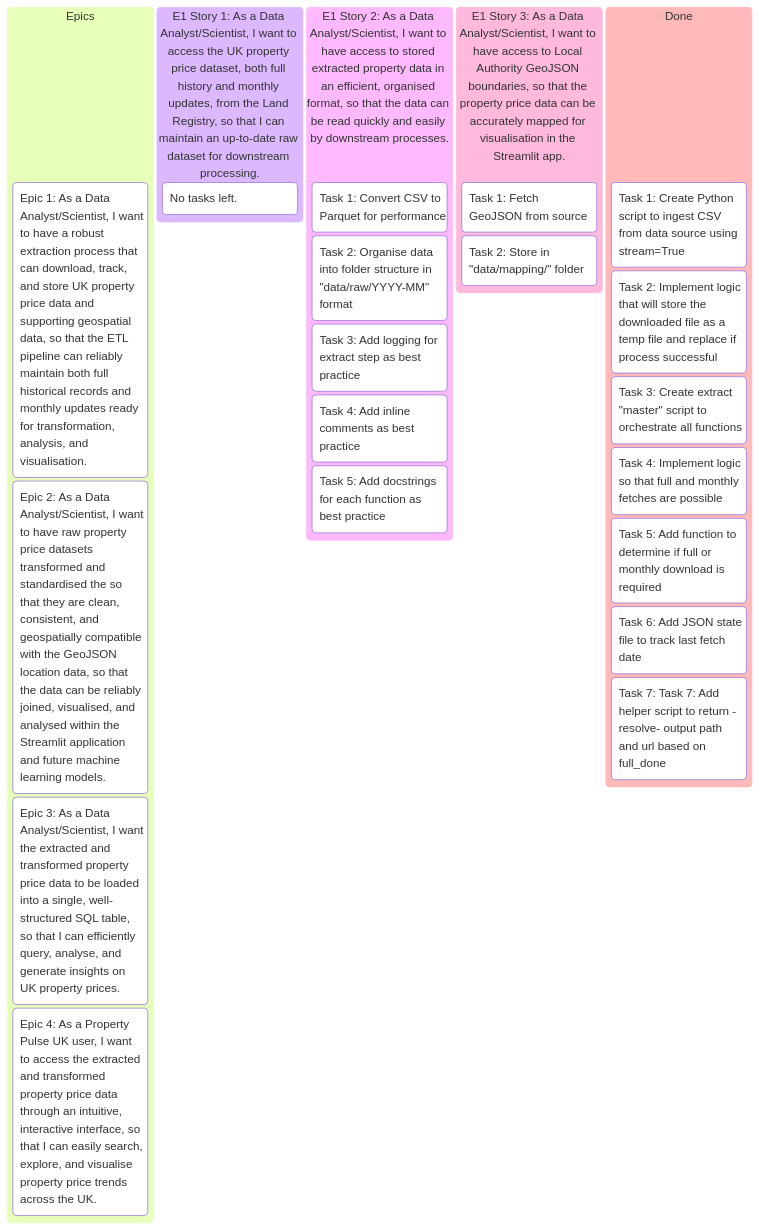
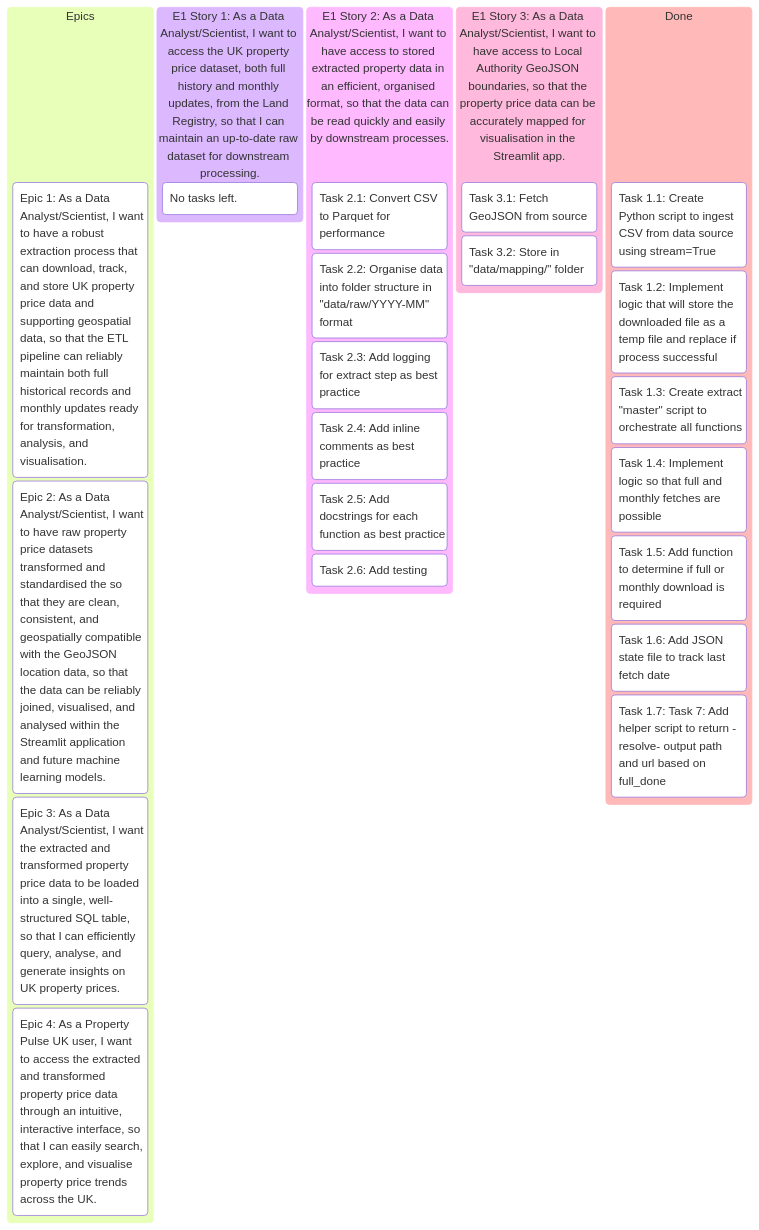
Before and after one commit to pavlekovic/property-pulse-uk: the first of 2 diagrams in README.md, drawn with Mermaid.

Commit message:
README update

````diff
--- a/README.md
+++ b/README.md
@@ -179,35 +179,36 @@
 ```mermaid
 kanban
     Epics
         (Epic 1: As a Data Analyst/Scientist, I want to have a robust extraction process that can download, track, and store UK property price data and supporting geospatial data, so that the ETL pipeline can reliably maintain both full historical records and monthly updates ready for transformation, analysis, and visualisation.)
 
         (Epic 2: As a Data Analyst/Scientist, I want to have raw property price datasets transformed and standardised the so that they are clean, consistent, and geospatially compatible with the GeoJSON location data, so that the data can be reliably joined, visualised, and analysed within the Streamlit application and future machine learning models.)
 
         (Epic 3: As a Data Analyst/Scientist, I want the extracted and transformed property price data to be loaded into a single, well-structured SQL table, so that I can efficiently query, analyse, and generate insights on UK property prices.)
 
         (Epic 4: As a Property Pulse UK user, I want to access the extracted and transformed property price data through an intuitive, interactive interface, so that I can easily search, explore, and visualise property price trends across the UK.)
 
     (E1 Story 1: As a Data Analyst/Scientist, I want to access the UK property price dataset, both full history and monthly updates, from the Land Registry, so that I can maintain an up-to-date raw dataset for downstream processing.)
         No tasks left.
 
     (E1 Story 2: As a Data Analyst/Scientist, I want to have access to stored extracted property data in an efficient, organised format, so that the data can be read quickly and easily by downstream processes.)
-        Task 1: Convert CSV to Parquet for performance
-        Task 2: Organise data into folder structure in "data/raw/YYYY-MM" format
-        Task 3: Add logging for extract step as best practice
-        Task 4: Add inline comments as best practice
-        Task 5: Add docstrings for each function as best practice
+        Task 2.1: Convert CSV to Parquet for performance
+        Task 2.2: Organise data into folder structure in "data/raw/YYYY-MM" format
+        Task 2.3: Add logging for extract step as best practice
+        Task 2.4: Add inline comments as best practice
+        Task 2.5: Add docstrings for each function as best practice
+        Task 2.6: Add testing
 
     (E1 Story 3: As a Data Analyst/Scientist, I want to have access to Local Authority GeoJSON boundaries, so that the property price data can be accurately mapped for visualisation in the Streamlit app.)
-        Task 1: Fetch GeoJSON from source
-        Task 2: Store in "data/mapping/" folder
+        Task 3.1: Fetch GeoJSON from source
+        Task 3.2: Store in "data/mapping/" folder
 
     Done
-        Task 1: Create Python script to ingest CSV from data source using stream=True
-        Task 2: Implement logic that will store the downloaded file as a temp file and replace if process successful
-        Task 3: Create extract "master" script to orchestrate all functions
-        Task 4: Implement logic so that full and monthly fetches are possible
-        Task 5: Add function to determine if full or monthly download is required
-        Task 6: Add JSON state file to track last fetch date
-        Task 7: Task 7: Add helper script to return -resolve- output path and url based on full_done
+        Task 1.1: Create Python script to ingest CSV from data source using stream=True
+        Task 1.2: Implement logic that will store the downloaded file as a temp file and replace if process successful
+        Task 1.3: Create extract "master" script to orchestrate all functions
+        Task 1.4: Implement logic so that full and monthly fetches are possible
+        Task 1.5: Add function to determine if full or monthly download is required
+        Task 1.6: Add JSON state file to track last fetch date
+        Task 1.7: Task 7: Add helper script to return -resolve- output path and url based on full_done
      
 ```
````
